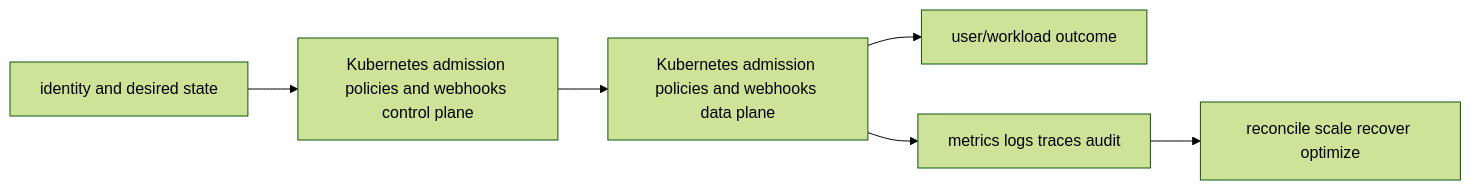
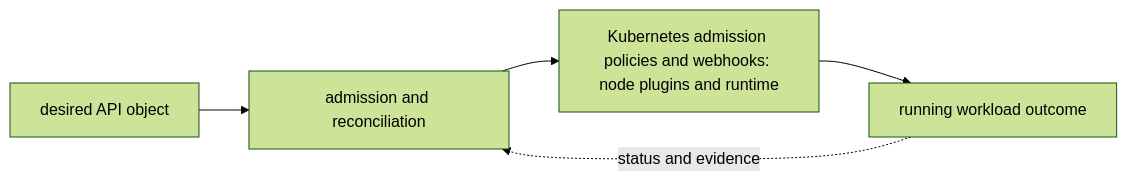
One commit to tomkidumbuyo/DevOps-interview-preparation changed the diagram in 06-kubernetes/05-security/04-admission-policies-webhooks/README.md. Above: the diagram before and after it, drawn with Mermaid (forest theme). The commit also changed other lines of this file and 753 other files, not shown here.

````diff
--- a/06-kubernetes/05-security/04-admission-policies-webhooks/README.md
+++ b/06-kubernetes/05-security/04-admission-policies-webhooks/README.md
@@ -19,8 +31,7 @@
 ```mermaid
 flowchart LR
-  I[identity and desired state] --> C[Kubernetes admission policies and webhooks control plane]
-  C --> D[Kubernetes admission policies and webhooks data plane]
-  D --> U[user/workload outcome]
-  D --> O[metrics logs traces audit]
-  O --> R[reconcile scale recover optimize]
+  A["desired API object"] --> B["admission and reconciliation"]
+  B --> C["Kubernetes admission policies and webhooks: node plugins and runtime"]
+  C --> D["running workload outcome"]
+  D -. "status and evidence" .-> B
 ```
````
